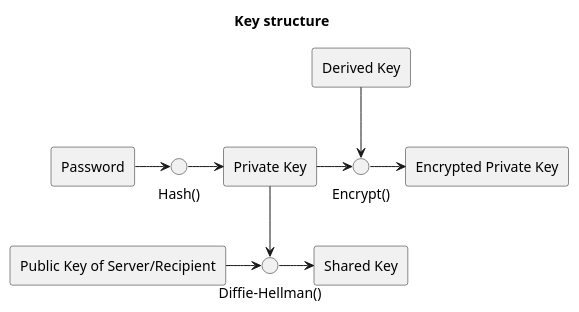
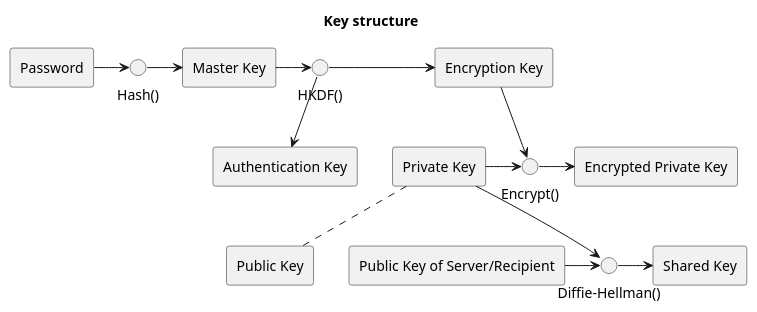
Before and after one commit to joflucki/timelock: the diagram in docs/key_structure.puml, drawn with PlantUML. The commit also changed 7 other files, not shown here.

Commit message:
Added authentication key

```diff
--- a/docs/key_structure.puml
+++ b/docs/key_structure.puml
@@ -1,29 +1,36 @@
 @startuml
 title Key structure
 
 rectangle "Password" as P
-rectangle "Derived Key" as K
+rectangle "Master Key" as MK
 rectangle "Shared Key" as SK
+rectangle "Encryption Key" as EK
+rectangle "Authentication Key" as AK
 rectangle "Private Key" as PK
+rectangle "Public Key" as UK
 rectangle "Encrypted Private Key" as EPK
-rectangle "Public Key of Server/Recipient" as UK
+rectangle "Public Key of Server/Recipient" as UKR
 
 
 circle "Hash()" as H
 circle "Diffie-Hellman()" as DH
 circle "Encrypt()" as E
+circle "HKDF()" as HKDF
 
 
 P -> H
-H -> PK
+H -> MK
+MK -> HKDF
+HKDF --> AK
+HKDF -> EK
+PK .. UK
 
-
-K --> E
+EK --> E
 PK -> E
 E -> EPK
 
-UK -> DH
+UKR -> DH
 PK --> DH
 DH -> SK
 
 @enduml
```
